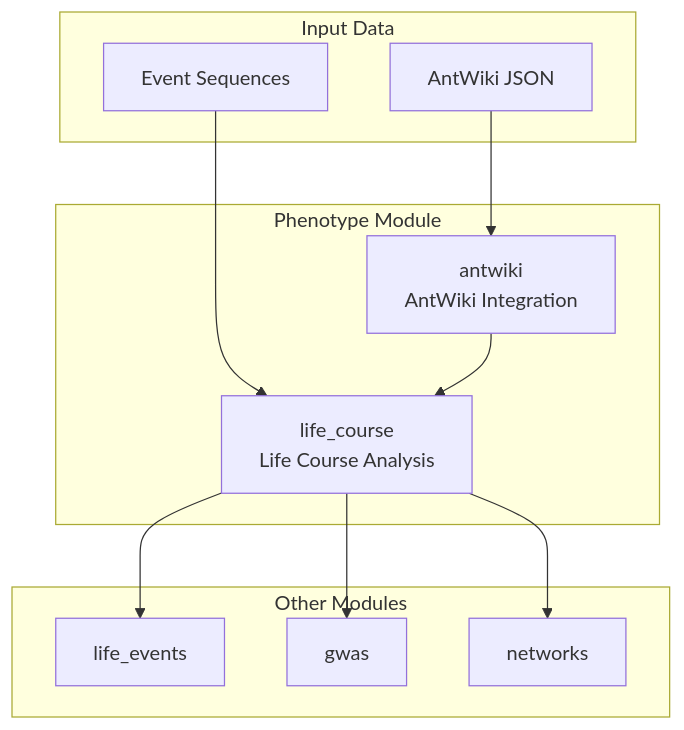
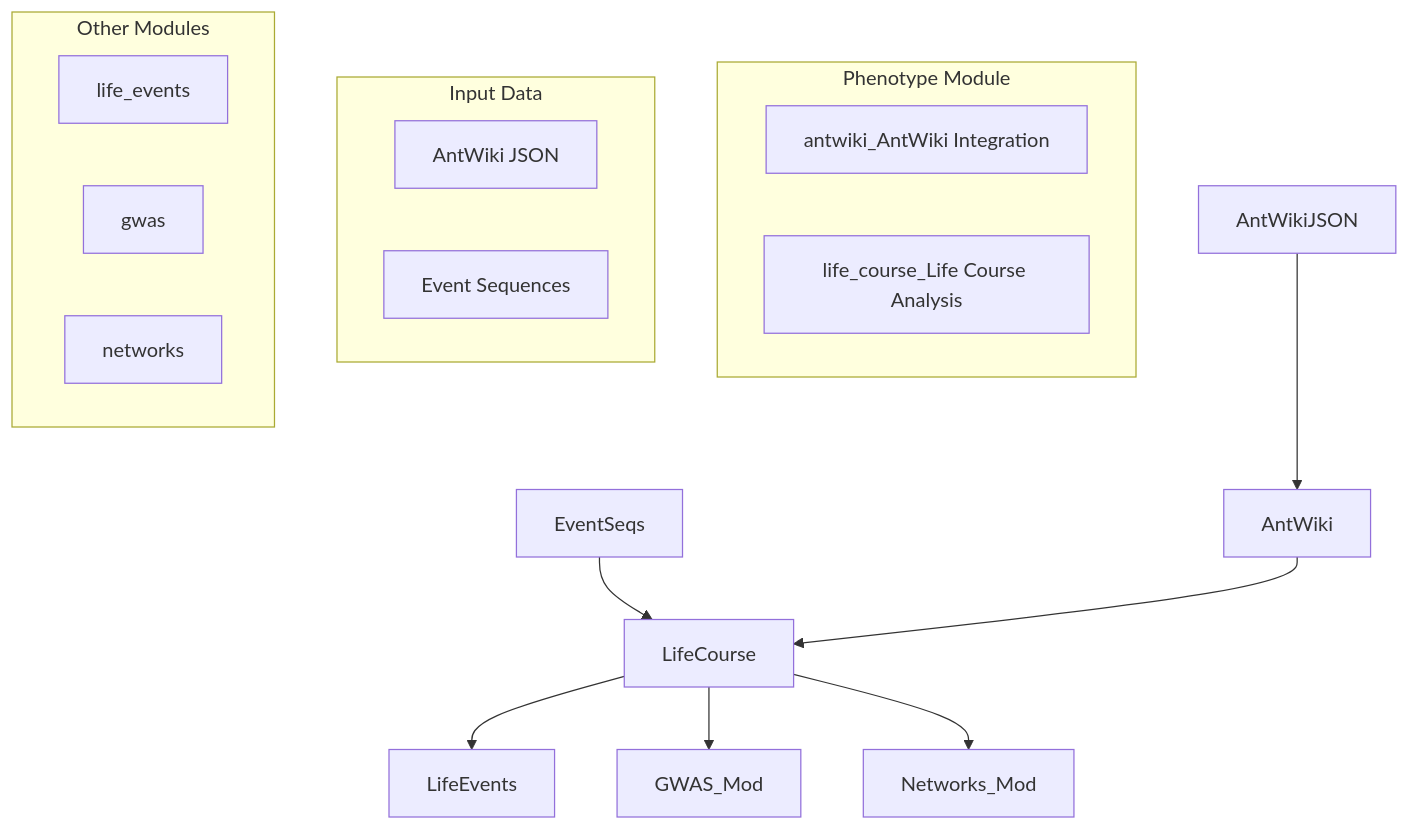
Before and after one commit to docxology/MetaInformAnt: the first of 6 diagrams in src/metainformant/phenotype/README.md, drawn with Mermaid. The commit also changed other lines of this file and 611 other files, not shown here.

````diff
--- a/src/metainformant/phenotype/README.md
+++ b/src/metainformant/phenotype/README.md
@@ -11,25 +11,25 @@
 ```mermaid
 graph TB
     subgraph "Phenotype Module"
-        AntWiki[antwiki<br/>AntWiki Integration]
-        LifeCourse[life_course<br/>Life Course Analysis]
+        AntWikiantwikiAntwikiIntegration[antwiki_AntWiki Integration]
+        LifeCourselifeCourseLifeCourseAnalysis[life_course_Life Course Analysis]
     end
     
     subgraph "Input Data"
-        AntWikiJSON[AntWiki JSON]
-        EventSeqs[Event Sequences]
+        AntWikiJSONantwikiJson[AntWiki JSON]
+        EventSeqseventSequences[Event Sequences]
     end
     
     subgraph "Other Modules"
-        LifeEvents[life_events]
-        GWAS_Mod[gwas]
-        Networks_Mod[networks]
+        LifeEventslifeEvents[life_events]
+        gwas[gwas]
+        networks[networks]
     end
     
     AntWikiJSON --> AntWiki
     EventSeqs --> LifeCourse
     AntWiki --> LifeCourse
     LifeCourse --> LifeEvents
     LifeCourse --> GWAS_Mod
     LifeCourse --> Networks_Mod
 ```
````
